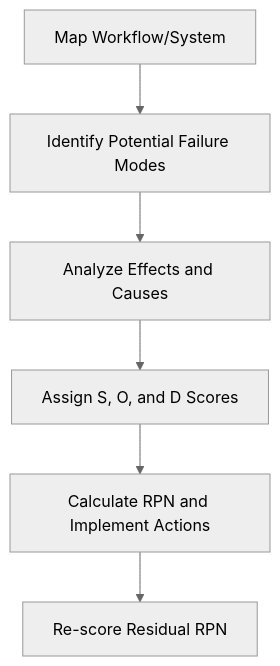
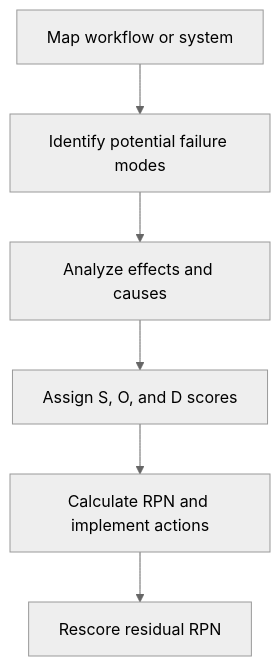
Before and after one commit to vaishvanara/techwritingkb: the diagram in docs/systems-thinking/failure-mode-and-effects-analysis.md, drawn with Mermaid (neutral theme). The commit also changed other lines of this file and 26 other files, not shown here.

````diff
--- a/docs/systems-thinking/failure-mode-and-effects-analysis.md
+++ b/docs/systems-thinking/failure-mode-and-effects-analysis.md
@@ -46,8 +46,8 @@
 ```mermaid
 graph TD
-    A[Map Workflow/System] --> B[Identify Potential Failure Modes]
-    B --> C[Analyze Effects and Causes]
-    C --> D[Assign S, O, and D Scores]
-    D --> E[Calculate RPN and Implement Actions]
-    E --> F[Re-score Residual RPN]
+    A[Map workflow or system] --> B[Identify potential failure modes]
+    B --> C[Analyze effects and causes]
+    C --> D[Assign S, O, and D scores]
+    D --> E[Calculate RPN and implement actions]
+    E --> F[Rescore residual RPN]
 ```
````
